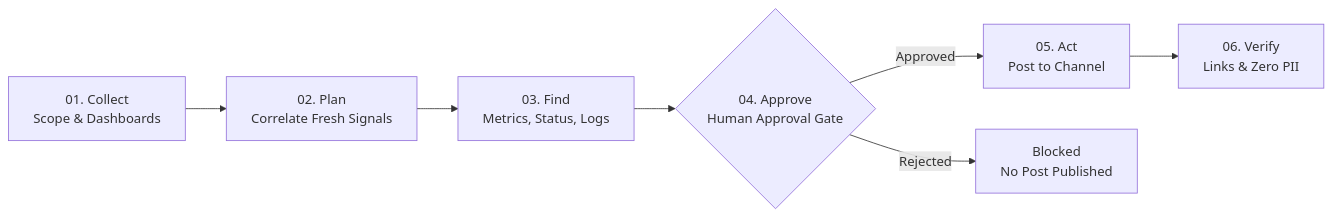
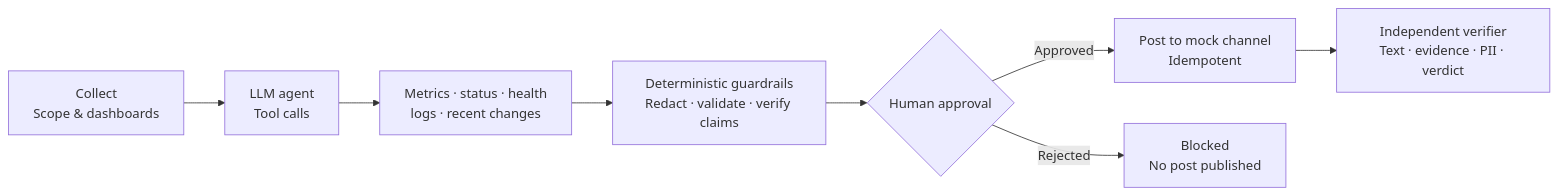
Before and after one commit to ps18405/incident-voice-status-reporter: the diagram in README.md, drawn with Mermaid. The commit also changed other lines of this file and 20 other files, not shown here.

Commit message:
Agentic upgrade with LLM, guardrails and trace

````diff
--- a/README.md
+++ b/README.md
@@ -12,9 +12,10 @@
 ```mermaid
 flowchart LR
-    A["01. Collect<br/>Scope & Dashboards"] --> B["02. Plan<br/>Correlate Fresh Signals"]
-    B --> C["03. Find<br/>Metrics, Status, Logs"]
-    C --> D{"04. Approve<br/>Human Approval Gate"}
-    D -->|Approved| E["05. Act<br/>Post to Channel"]
-    D -->|Rejected| X["Blocked<br/>No Post Published"]
-    E --> F["06. Verify<br/>Links & Zero PII"]
+    A["Collect<br/>Scope & dashboards"] --> B["LLM agent<br/>Tool calls"]
+    B --> C["Metrics · status · health<br/>logs · recent changes"]
+    C --> G["Deterministic guardrails<br/>Redact · validate · verify claims"]
+    G --> D{"Human approval"}
+    D -->|Approved| E["Post to mock channel<br/>Idempotent"]
+    D -->|Rejected| X["Blocked<br/>No post published"]
+    E --> F["Independent verifier<br/>Text · evidence · PII · verdict"]
 ```
````
